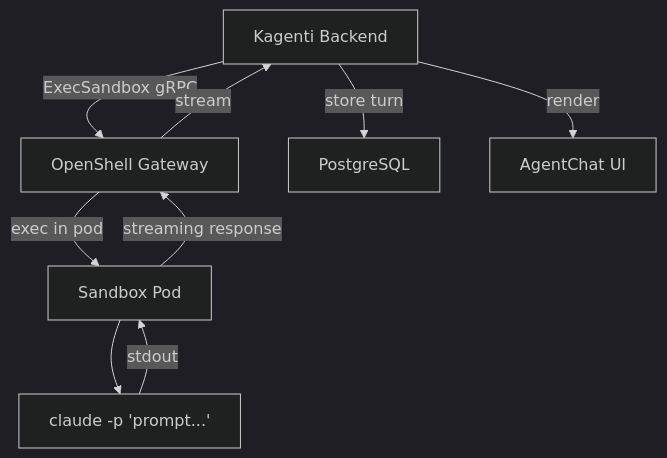
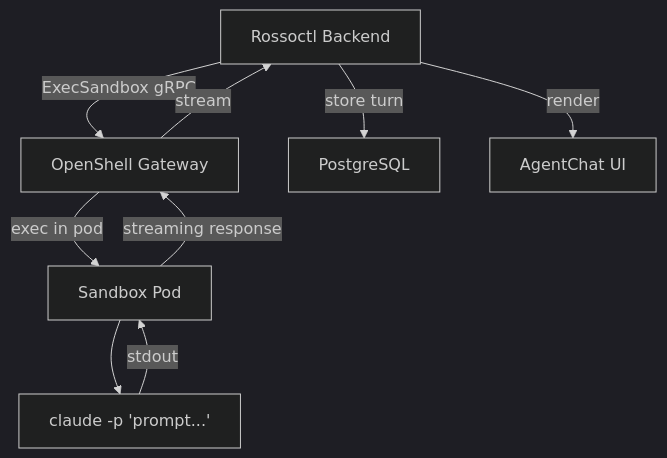
One commit to kagenti/kagenti changed the second of 2 diagrams in docs/agentic-runtime/agents/openshell-claude.md. Above: the diagram before and after it, drawn with Mermaid (dark theme). The commit also changed other lines of this file and 1316 other files, not shown here.

First line of the commit message:
⚠️ Rename Kagenti → Rossoctl across the flagship repo (→ rossoctl)

````diff
--- a/docs/agentic-runtime/agents/openshell-claude.md
+++ b/docs/agentic-runtime/agents/openshell-claude.md
@@ -264,11 +264,11 @@
 ```mermaid
 graph TB
-    BE["Kagenti Backend"] -->|"ExecSandbox gRPC"| GW["OpenShell Gateway"]
+    BE["Rossoctl Backend"] -->|"ExecSandbox gRPC"| GW["OpenShell Gateway"]
     GW -->|"exec in pod"| SB["Sandbox Pod"]
     SB --> CC["claude -p 'prompt...'"]
     CC -->|"stdout"| SB
     SB -->|"streaming response"| GW
     GW -->|"stream"| BE
     BE -->|"store turn"| DB["PostgreSQL"]
     BE -->|"render"| UI["AgentChat UI"]
 ```
````
